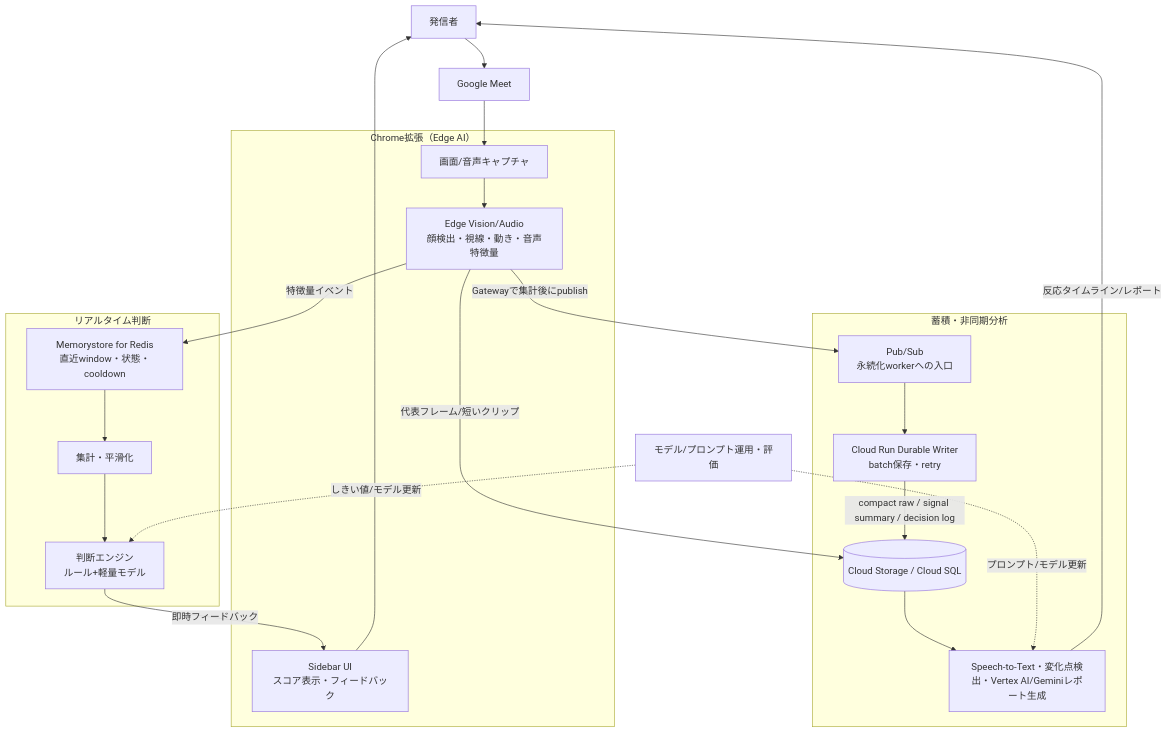
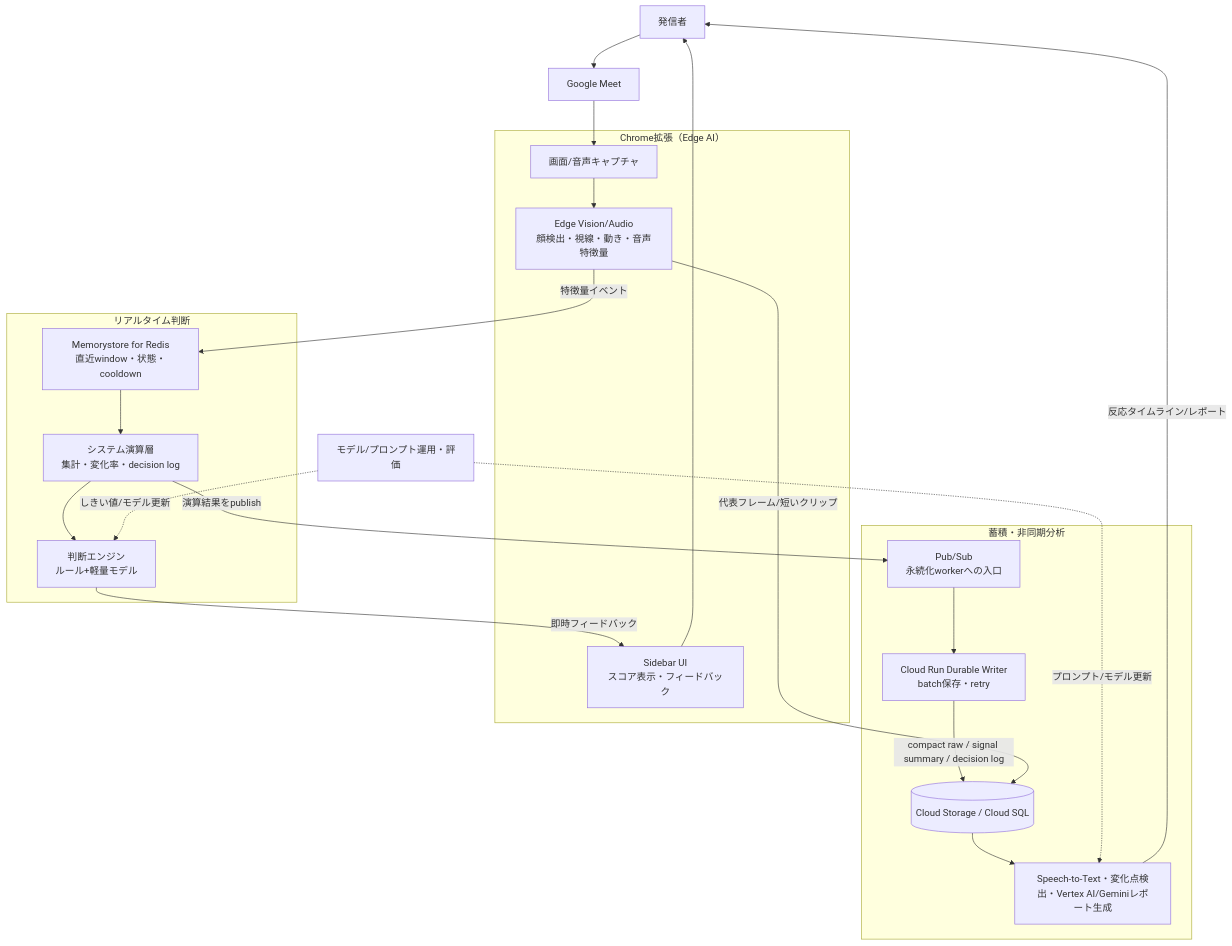
Before and after one commit to k-kanke/reaction-engine: the second of 6 diagrams in plan/1st-plan.md, drawn with Mermaid. The commit also changed other lines of this file and 4 other files, not shown here.

````diff
--- a/plan/1st-plan.md
+++ b/plan/1st-plan.md
@@ -154,45 +154,45 @@
 ```mermaid
 flowchart TB
   presenter["発信者"]
   meet["Google Meet"]
 
   subgraph extension["Chrome拡張（Edge AI）"]
     capture["画面/音声キャプチャ"]
     vision["Edge Vision/Audio<br/>顔検出・視線・動き・音声特徴量"]
     sidebar["Sidebar UI<br/>スコア表示・フィードバック"]
   end
 
   subgraph realtime["リアルタイム判断"]
     redis["Memorystore for Redis<br/>直近window・状態・cooldown"]
-    stream["集計・平滑化"]
+    systemCompute["システム演算層<br/>集計・変化率・decision log"]
     decision["判断エンジン<br/>ルール+軽量モデル"]
   end
 
   subgraph platform["蓄積・非同期分析"]
     eventStream["Pub/Sub<br/>永続化workerへの入口"]
     writer["Cloud Run Durable Writer<br/>batch保存・retry"]
     store[("Cloud Storage / Cloud SQL")]
     analysis["Speech-to-Text・変化点検出・Vertex AI/Geminiレポート生成"]
   end
 
   ops["モデル/プロンプト運用・評価"]
 
   presenter --> meet
   meet --> capture
   capture --> vision
   vision -->|特徴量イベント| redis
-  vision -->|Gatewayで集計後にpublish| eventStream
-  redis --> stream
-  stream --> decision
+  redis --> systemCompute
+  systemCompute --> decision
+  systemCompute -->|演算結果をpublish| eventStream
   decision -->|即時フィードバック| sidebar
   sidebar --> presenter
 
   eventStream --> writer
   writer -->|compact raw / signal summary / decision log| store
   vision -->|代表フレーム/短いクリップ| store
   store --> analysis
   analysis -->|反応タイムライン/レポート| presenter
 
   ops -.->|しきい値/モデル更新| decision
   ops -.->|プロンプト/モデル更新| analysis
 ```
````
